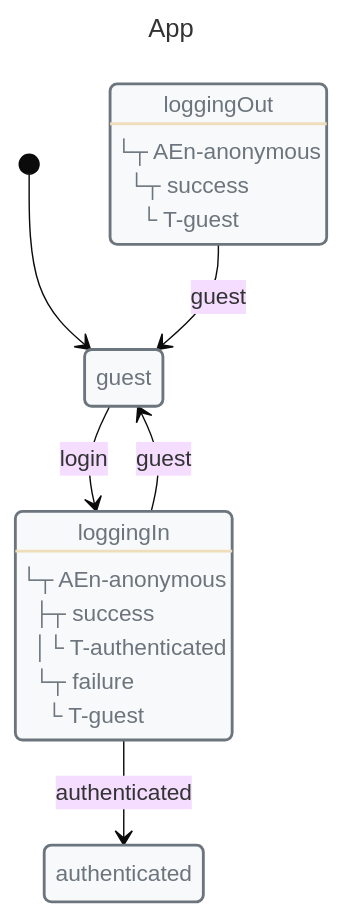
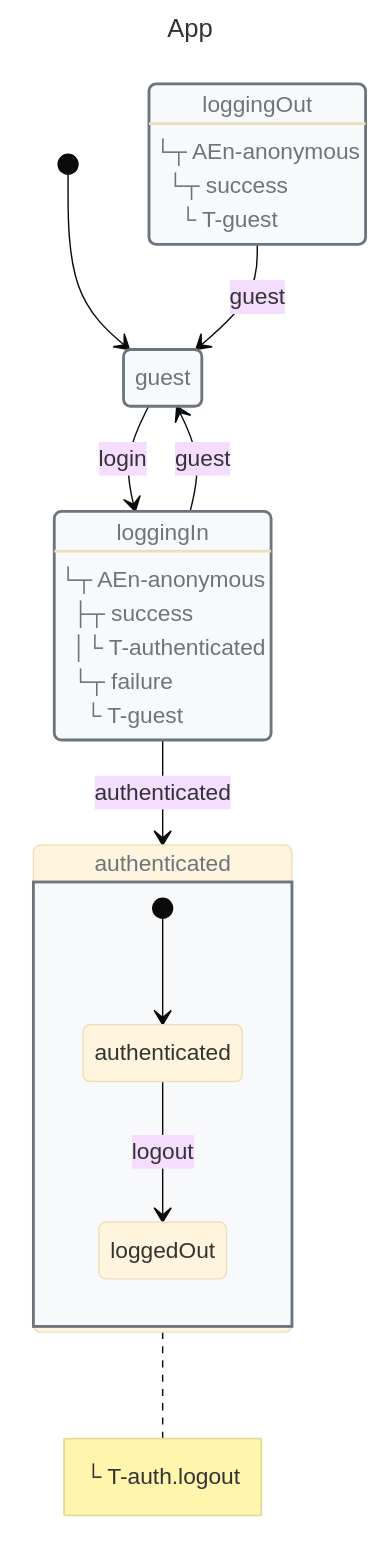
The third of 4 diagrams in docs/guides/nested-machines.md (Masquerade-Circus/x-robot), drawn with Mermaid (base theme) before and after one commit. The commit also changed other lines of this file and 64 other files, not shown here.

First line of the commit message:
refactor(documentate): expand documentate diagram exports

````diff
--- a/docs/guides/nested-machines.md
+++ b/docs/guides/nested-machines.md
@@ -149,33 +172,45 @@
 ```mermaid
 ---
 title: App
 ---
 
 stateDiagram-v2
 direction TB
 
 classDef danger fill:#f8d7da,stroke:#721c24,stroke-width:2px,text-align:left,color:#721c24
 classDef warning fill:#fff3cd,stroke:#856404,stroke-width:2px,text-align:left,color:#856404
 classDef success fill:#d4edda,stroke:#155724,stroke-width:2px,text-align:left,color:#155724
 classDef primary fill:#cce5ff,stroke:#004085,stroke-width:2px,text-align:left,color:#004085
 classDef info fill:#d1ecf1,stroke:#0c5460,stroke-width:2px,text-align:left,color:#0c5460
 classDef def fill:#f8f9fa,stroke:#6c757d,stroke-width:2px,text-align:left,color:#6c757d
 
 state "guest" as guest
 state "loggingIn" as loggingIn
 state "authenticated" as authenticated
 state "loggingOut" as loggingOut
 class guest def
 class loggingIn def
 class authenticated def
 class loggingOut def
 
+state authenticated {
+  state "authenticated" as AuthenticatedAuthAuthenticated
+  state "loggedOut" as AuthenticatedAuthLoggedOut
+
+
+  [*] --> AuthenticatedAuthAuthenticated
+  AuthenticatedAuthAuthenticated --> AuthenticatedAuthLoggedOut: logout
+}
+
 loggingIn: └┬ AEn-anonymous<br> ├┬ success<br> │└ T-authenticated<br> └┬ failure<br>  └ T-guest
+note right of authenticated
+  └ T-auth.logout
+end note
 loggingOut: └┬ AEn-anonymous<br> └┬ success<br>  └ T-guest
 
 [*] --> guest
 guest --> loggingIn: login
 loggingIn --> authenticated: authenticated
 loggingIn --> guest: guest
 loggingOut --> guest: guest
 ```
````
